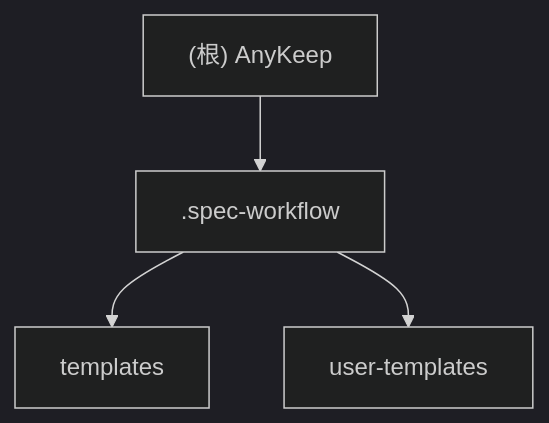
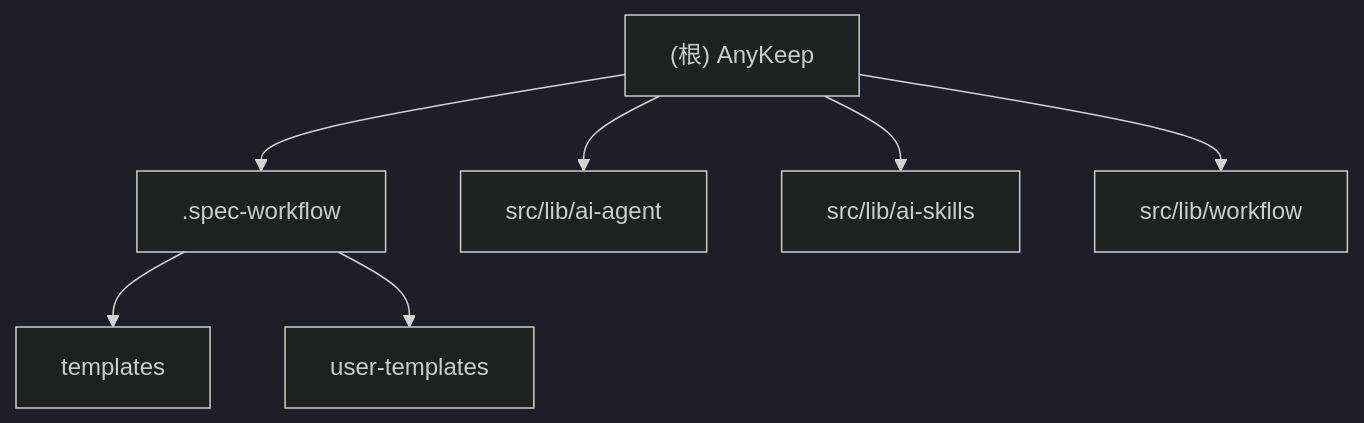
Before and after one commit to warclover/anykeep: the diagram in CLAUDE.md, drawn with Mermaid (dark theme). The commit also changed other lines of this file and 34 other files, not shown here.

````diff
--- a/CLAUDE.md
+++ b/CLAUDE.md
@@ -77,8 +78,14 @@
 ```mermaid
 graph TD
     A["(根) AnyKeep"] --> B[".spec-workflow"]
     B --> C["templates"]
     B --> D["user-templates"]
+    A --> E["src/lib/ai-agent"]
+    A --> F["src/lib/ai-skills"]
+    A --> G["src/lib/workflow"]
 
     click B "./.spec-workflow/CLAUDE.md" "查看 spec-workflow 模块文档"
+    click E "./src/lib/ai-agent/CLAUDE.md" "查看 AI Agent 核心文档"
+    click F "./src/lib/ai-skills/CLAUDE.md" "查看 AI Skills 系统文档"
+    click G "./src/lib/workflow/CLAUDE.md" "查看 Workflow 系统文档"
 ```
````
